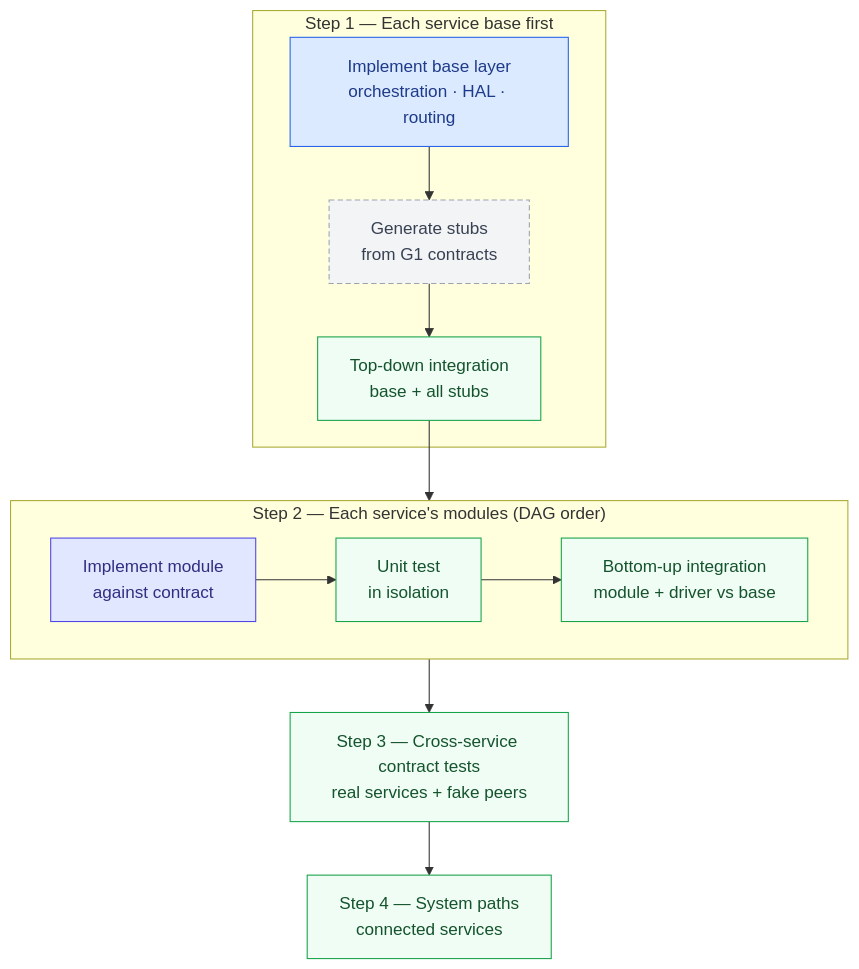
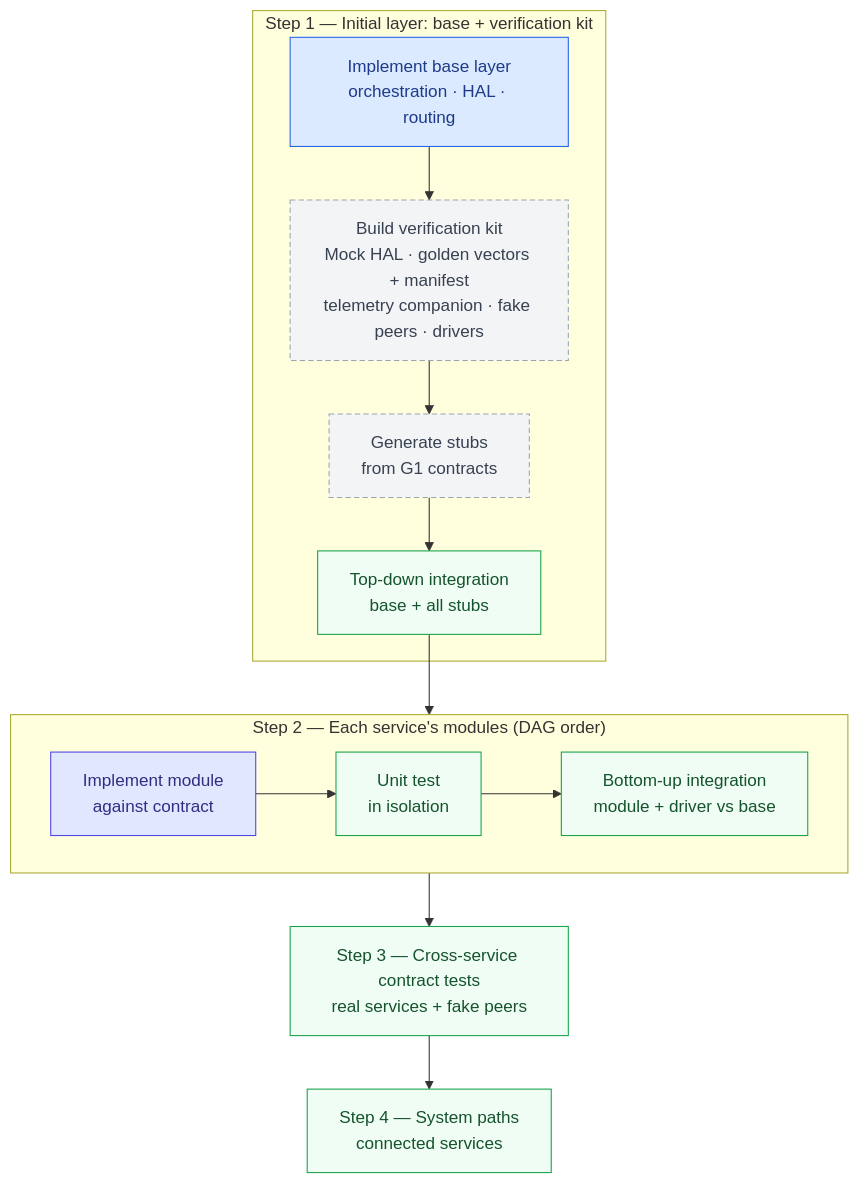
One commit to dramirezbe/codeanvil-gcpds changed the eighth of 11 diagrams in methodology/V-SIL-v3/V-SIL_v3.md. Above: the diagram before and after it, drawn with Mermaid. The commit also changed other lines of this file and 3 other files, not shown here.

Commit message:
docs(v-sil-v3): make the Real HW HAL and lab inputs optional, telemetry mandatory

````diff
--- a/methodology/V-SIL-v3/V-SIL_v3.md
+++ b/methodology/V-SIL-v3/V-SIL_v3.md
@@ -287,25 +293,26 @@
 ```mermaid
 flowchart TD
     classDef base fill:#dbeafe,stroke:#2563eb,color:#1e3a8a
     classDef mod fill:#e0e7ff,stroke:#4f46e5,color:#312e81
     classDef test fill:#f0fdf4,stroke:#16a34a,color:#14532d
     classDef stub fill:#f3f4f6,stroke:#9ca3af,color:#374151,stroke-dasharray:5 3
 
-    subgraph STEP1["Step 1 — Each service base first"]
+    subgraph STEP1["Step 1 — Initial layer: base + verification kit"]
         B["Implement base layer<br/>orchestration · HAL · routing"]:::base
+        KIT["Build verification kit<br/>Mock HAL · golden vectors + manifest<br/>telemetry companion · fake peers · drivers"]:::stub
         STUBS["Generate stubs<br/>from G1 contracts"]:::stub
         TD["Top-down integration<br/>base + all stubs"]:::test
-        B --> STUBS --> TD
+        B --> KIT --> STUBS --> TD
     end
 
     subgraph STEP2["Step 2 — Each service's modules (DAG order)"]
         IMPL["Implement module<br/>against contract"]:::mod
         UT["Unit test<br/>in isolation"]:::test
         BU["Bottom-up integration<br/>module + driver vs base"]:::test
         IMPL --> UT --> BU
     end
 
     TD --> STEP2
     STEP2 --> CONTRACT["Step 3 — Cross-service contract tests<br/>real services + fake peers"]:::test
     CONTRACT --> SYSTEM["Step 4 — System paths<br/>connected services"]:::test
 ```
````
